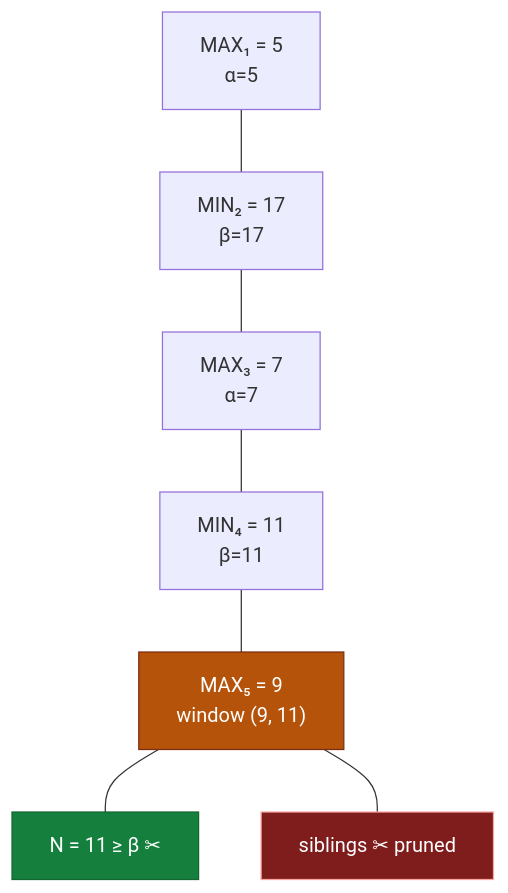
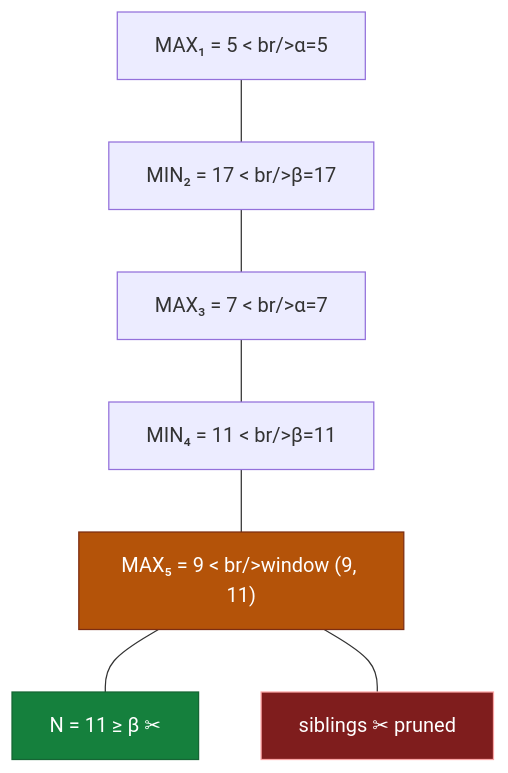
The diagram in src/content/papers/25t3-an/02-alpha-beta.mdx (vbordia/aifu), drawn with Mermaid before and after one commit. The commit also changed 146 other files, not shown here.

````diff
--- a/src/content/papers/25t3-an/02-alpha-beta.mdx
+++ b/src/content/papers/25t3-an/02-alpha-beta.mdx
@@ -56,12 +56,12 @@
 ```mermaid
 graph TD
-    A["MAX₁ = 5<br/>α=5"] --- B["MIN₂ = 17<br/>β=17"]
-    B --- C["MAX₃ = 7<br/>α=7"]
-    C --- D["MIN₄ = 11<br/>β=11"]
-    D --- E["MAX₅ = 9<br/>window (9, 11)"]
+    A["MAX₁ = 5 &lt; br/>α=5"] --- B["MIN₂ = 17 &lt; br/>β=17"]
+    B --- C["MAX₃ = 7 &lt; br/>α=7"]
+    C --- D["MIN₄ = 11 &lt; br/>β=11"]
+    D --- E["MAX₅ = 9 &lt; br/>window (9, 11)"]
     E --- F["N = 11 ≥ β ✂"]
     E --- G["siblings ✂ pruned"]
     style E fill:#b45309,stroke:#7c2d12,color:#fff
     style F fill:#15803d,stroke:#166534,color:#fff
     style G fill:#7f1d1d,stroke:#fca5a5,color:#fff
 ```
````
